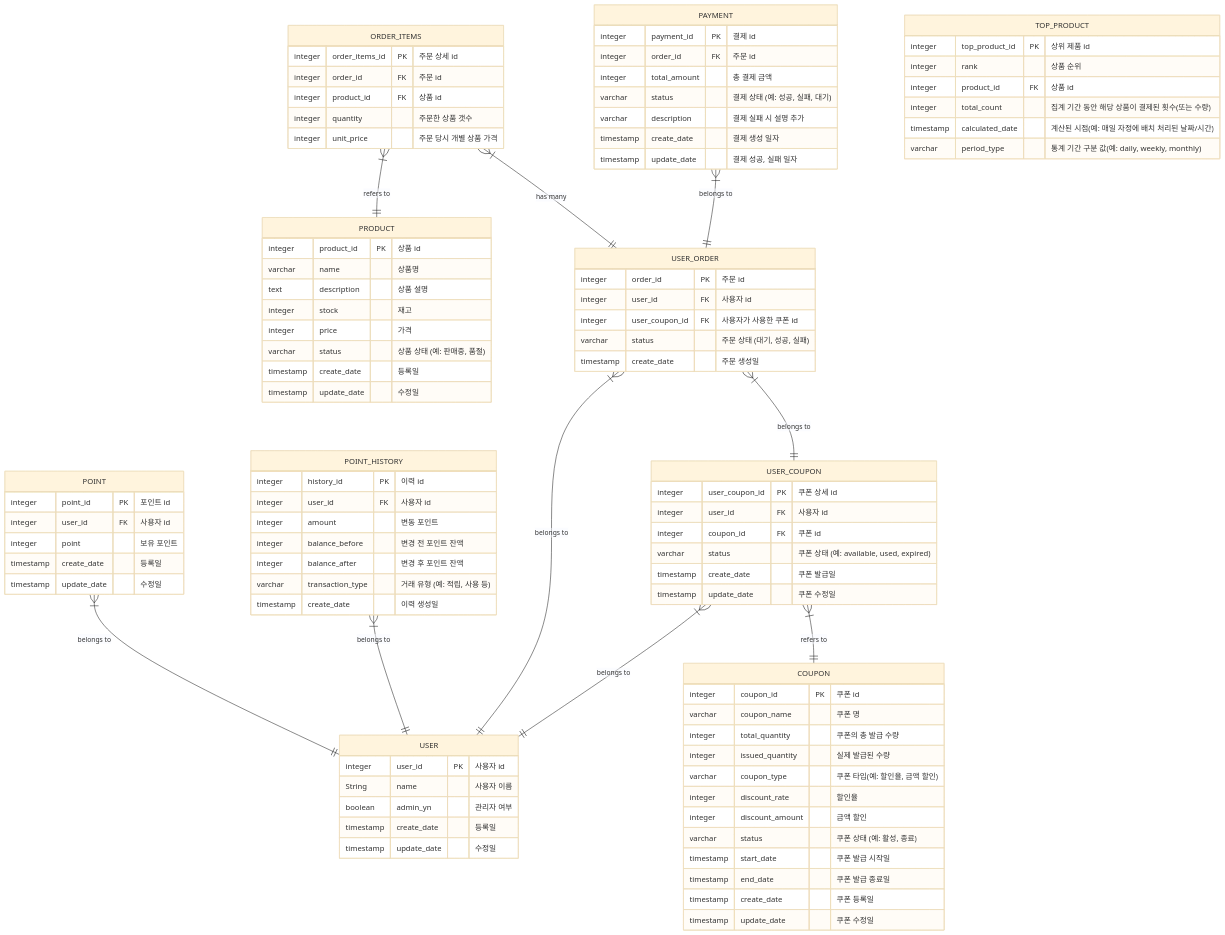
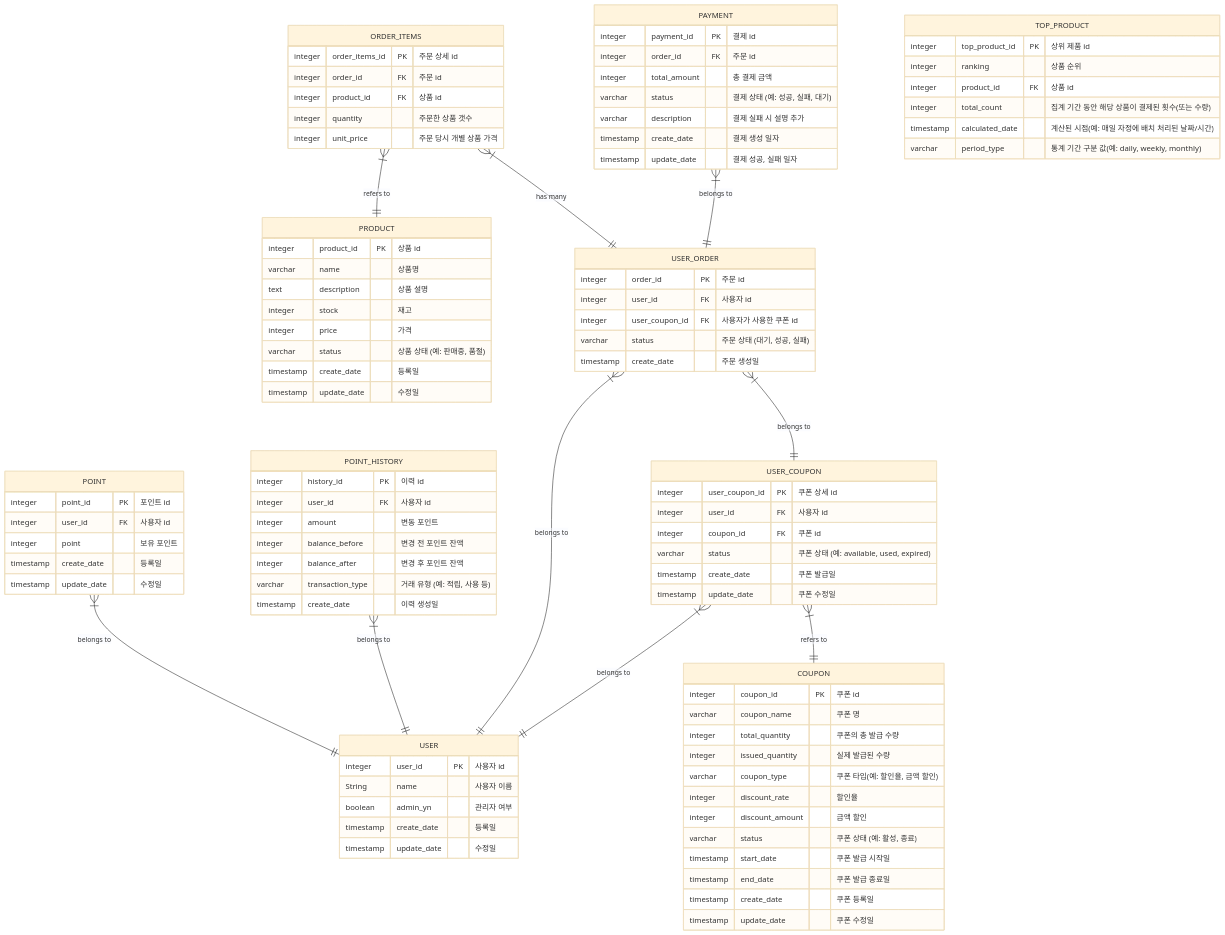
The diagram in docs/ERD 설계.md (Park-ha-neul/hhplus-e-commerce), drawn with Mermaid (base theme) before and after one commit. The commit also changed 24 other files, not shown here.

```diff
--- a/docs/ERD 설계.md
+++ b/docs/ERD 설계.md
@@ -102,7 +102,7 @@
 %%- 사용처: 상위 상품 추천 API
     TOP_PRODUCT {
         integer top_product_id PK "상위 제품 id"
-        integer rank "상품 순위"
+        integer ranking "상품 순위"
         integer product_id FK "상품 id"
         integer total_count "집계 기간 동안 해당 상품이 결제된 횟수(또는 수량)"
         timestamp calculated_date "계산된 시점(예: 매일 자정에 배치 처리된 날짜/시간)"
```
